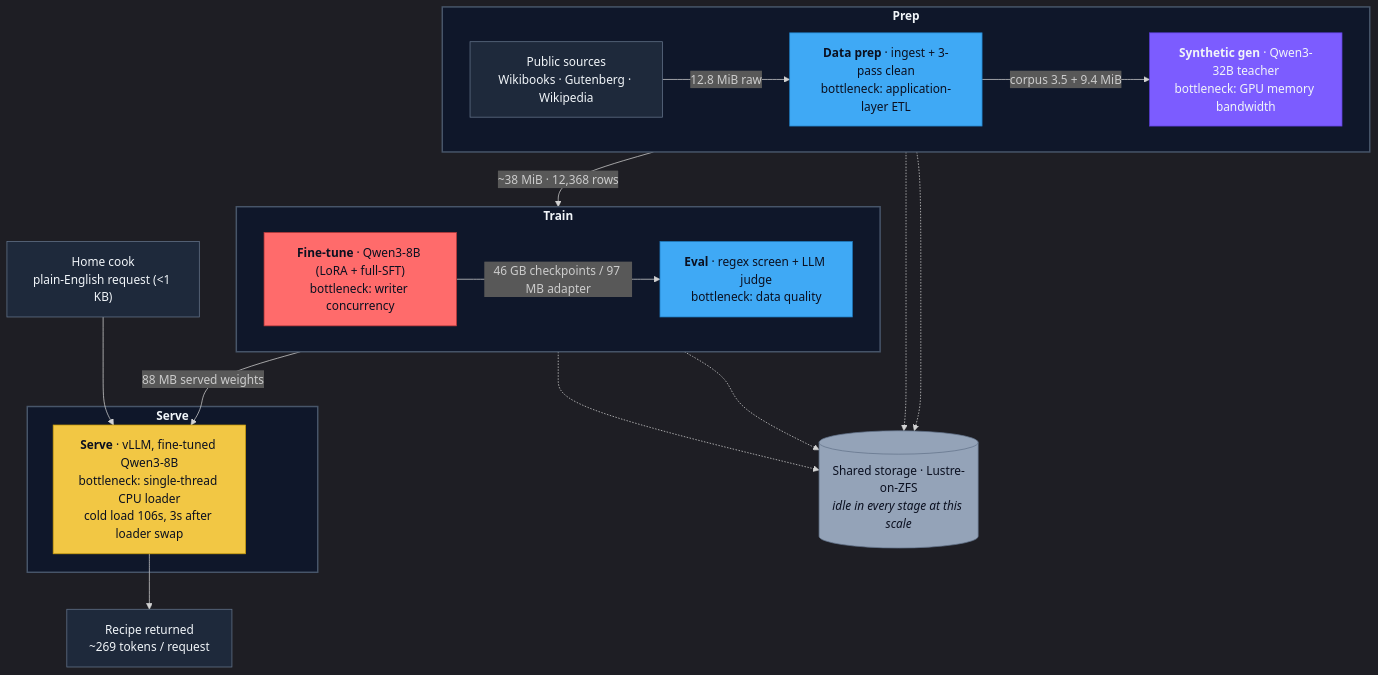
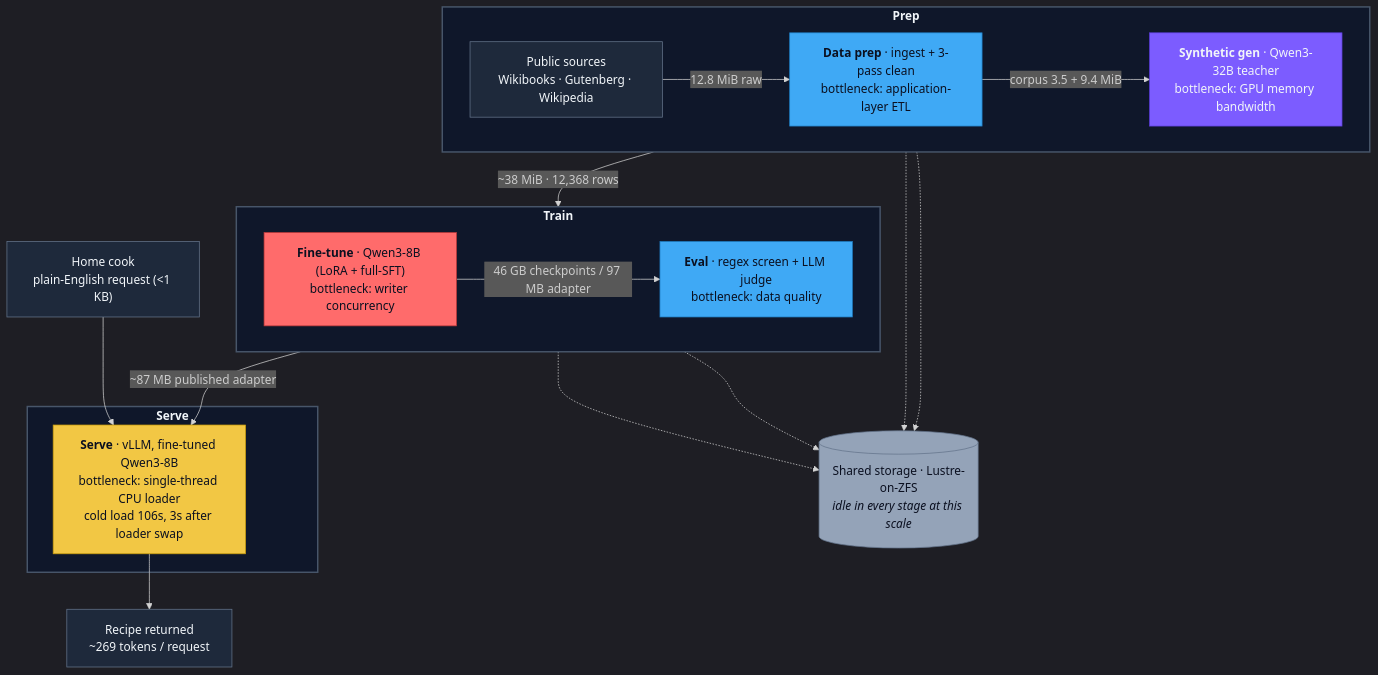
The diagram in artifacts/concepts/llm-pipeline-on-a-workstation/pipeline.mmd (knachiketa04/aihomelab), drawn with Mermaid before and after one commit. The commit also changed 6 other files, not shown here.

```diff
--- a/artifacts/concepts/llm-pipeline-on-a-workstation/pipeline.mmd
+++ b/artifacts/concepts/llm-pipeline-on-a-workstation/pipeline.mmd
@@ -1,42 +1,42 @@
 %%{init: {'theme':'dark'}}%%
 flowchart TB
     classDef app      fill:#3FA9F5,stroke:#1E7BC0,color:#0B1020,stroke-width:1px
     classDef mem      fill:#7C5CFF,stroke:#5B3DD9,color:#F1F5F9,stroke-width:1px
     classDef cpu      fill:#F2C744,stroke:#C99B0A,color:#0B1020,stroke-width:1px
     classDef client   fill:#FF6B6B,stroke:#C13A3A,color:#0B1020,stroke-width:1px
     classDef store    fill:#94A3B8,stroke:#64748B,color:#0B1020,stroke-width:1px
     classDef user     fill:#1E293B,stroke:#64748B,color:#F1F5F9,stroke-width:1px
     classDef phase    fill:#0F172A,stroke:#475569,color:#F1F5F9,stroke-width:2px
 
     Cook["Home cook<br/>plain-English request (&lt;1 KB)"]:::user
 
     subgraph PREP["<b>Prep</b>"]
         direction LR
         Src["Public sources<br/>Wikibooks · Gutenberg · Wikipedia"]:::user
         Prep["<b>Data prep</b> · ingest + 3-pass clean<br/>bottleneck: application-layer ETL"]:::app
         Gen["<b>Synthetic gen</b> · Qwen3-32B teacher<br/>bottleneck: GPU memory bandwidth"]:::mem
     end
 
     subgraph TRAIN["<b>Train</b>"]
         direction LR
         Tune["<b>Fine-tune</b> · Qwen3-8B (LoRA + full-SFT)<br/>bottleneck: writer concurrency"]:::client
         Eval["<b>Eval</b> · regex screen + LLM judge<br/>bottleneck: data quality"]:::app
     end
 
     subgraph SERVE["<b>Serve</b>"]
         Serve["<b>Serve</b> · vLLM, fine-tuned Qwen3-8B<br/>bottleneck: single-thread CPU loader<br/>cold load 106s, 3s after loader swap"]:::cpu
     end
 
     Recipe["Recipe returned<br/>~269 tokens / request"]:::user
     Lustre[("Shared storage · Lustre-on-ZFS<br/><i>idle in every stage at this scale</i>")]:::store
 
     Src -->|"12.8 MiB raw"| Prep -->|"corpus 3.5 + 9.4 MiB"| Gen -->|"~38 MiB · 12,368 rows"| Tune
     Tune -->|"46 GB checkpoints / 97 MB adapter"| Eval
-    Tune -->|"88 MB served weights"| Serve
+    Tune -->|"~87 MB published adapter"| Serve
     Cook --> Serve --> Recipe
     Prep -.-> Lustre
     Gen -.-> Lustre
     Tune -.-> Lustre
     Eval -.-> Lustre
 
     class PREP,TRAIN,SERVE phase
```
